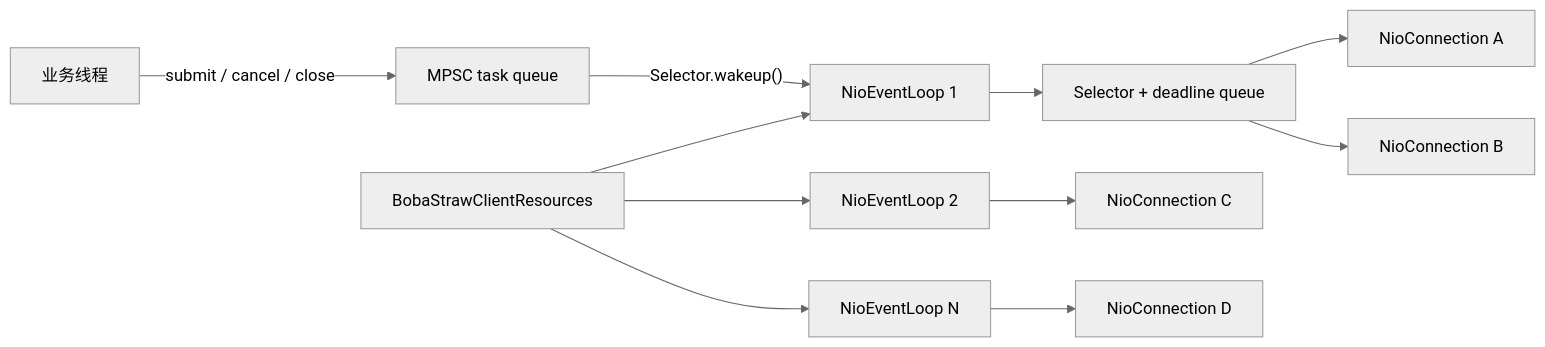
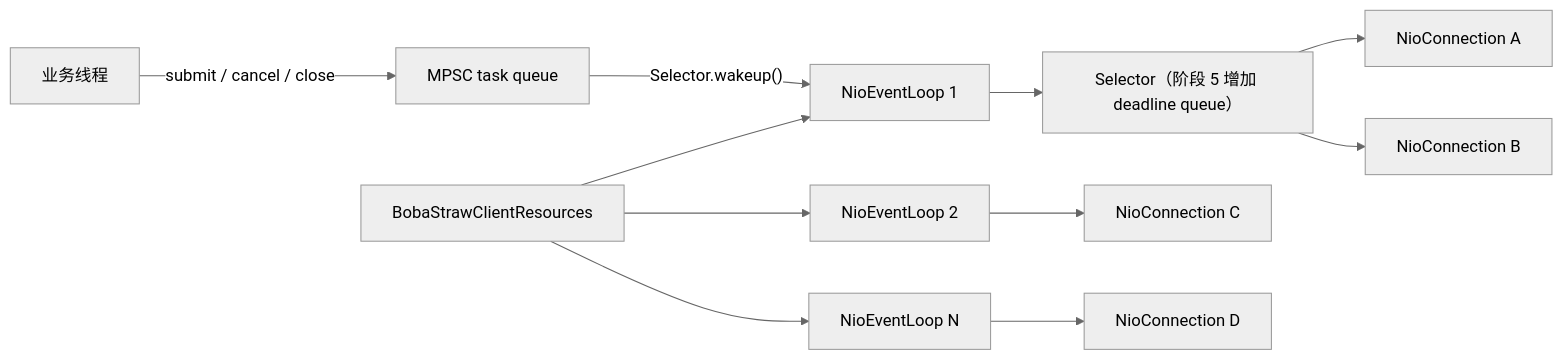
One commit to susongyan/boba-straw changed the first of 4 diagrams in docs/architecture/network-model.md. Above: the diagram before and after it, drawn with Mermaid (neutral theme). The commit also changed other lines of this file and 6 other files, not shown here.

````diff
--- a/docs/architecture/network-model.md
+++ b/docs/architecture/network-model.md
@@ -29,13 +35,13 @@
 ```mermaid
 flowchart LR
     App["业务线程"] -->|"submit / cancel / close"| Tasks["MPSC task queue"]
     Tasks -->|"Selector.wakeup()"| Loop1["NioEventLoop 1"]
     Resources["BobaStrawClientResources"] --> Loop1
     Resources --> Loop2["NioEventLoop 2"]
     Resources --> LoopN["NioEventLoop N"]
-    Loop1 --> Selector1["Selector + deadline queue"]
+    Loop1 --> Selector1["Selector（阶段 5 增加 deadline queue）"]
     Selector1 --> A["NioConnection A"]
     Selector1 --> B["NioConnection B"]
     Loop2 --> C["NioConnection C"]
     LoopN --> D["NioConnection D"]
 ```
````
